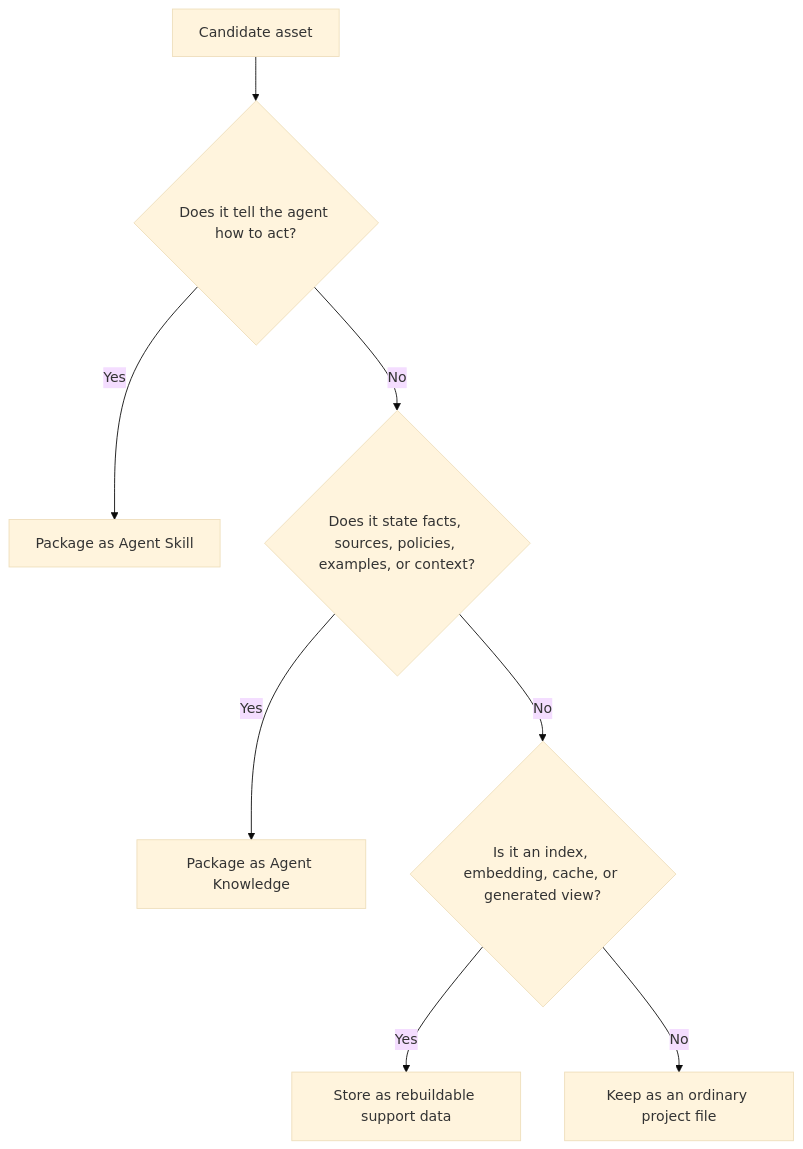
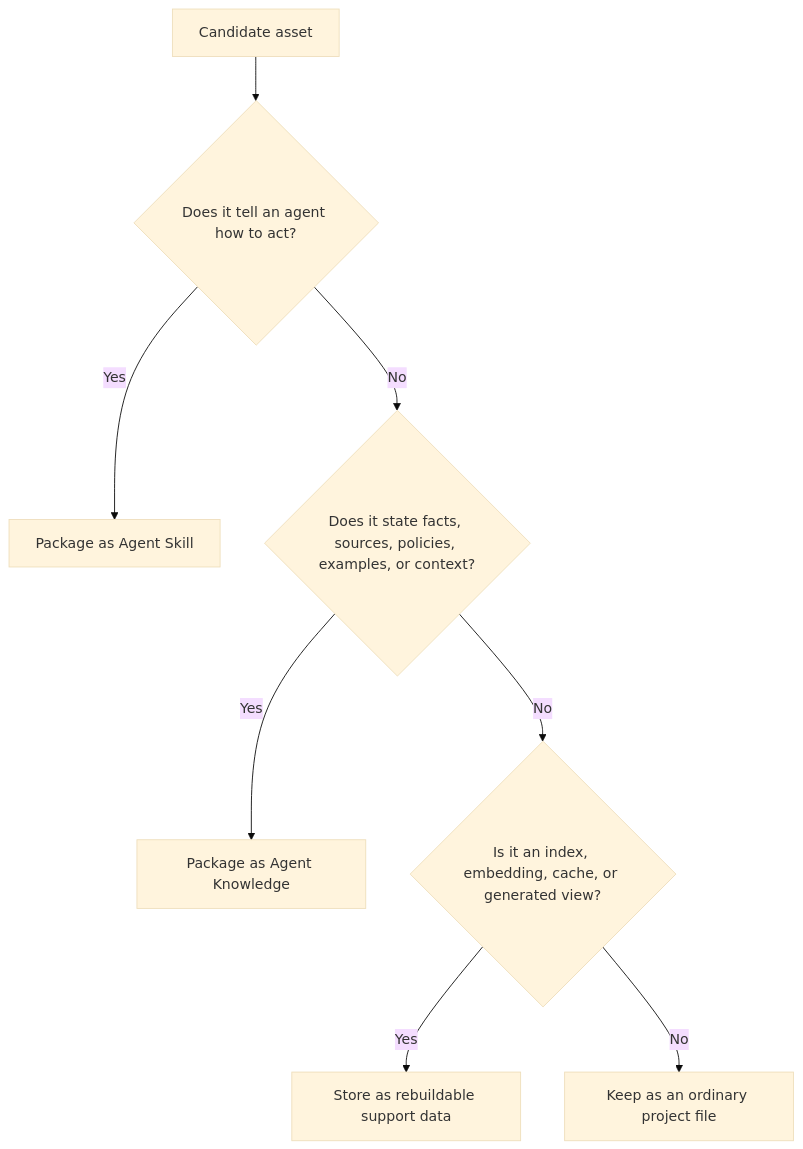
One commit to limecloud/agentknowledge changed the first of 4 diagrams in docs/en/agent-knowledge-vs-skills.md. Above: the diagram before and after it, drawn with Mermaid (base theme). The commit also changed other lines of this file and 60 other files, not shown here.

````diff
--- a/docs/en/agent-knowledge-vs-skills.md
+++ b/docs/en/agent-knowledge-vs-skills.md
@@ -19,10 +21,10 @@
 ```mermaid
 flowchart TD
-  Asset["Candidate asset"] --> ActQ{"Does it tell the agent how to act?"}
+  Asset["Candidate asset"] --> ActQ{"Does it tell an agent how to act?"}
   ActQ -->|Yes| Skill["Package as Agent Skill"]
   ActQ -->|No| FactQ{"Does it state facts, sources, policies, examples, or context?"}
   FactQ -->|Yes| Knowledge["Package as Agent Knowledge"]
   FactQ -->|No| CacheQ{"Is it an index, embedding, cache, or generated view?"}
   CacheQ -->|Yes| Support["Store as rebuildable support data"]
   CacheQ -->|No| Ordinary["Keep as an ordinary project file"]
 ```
````
